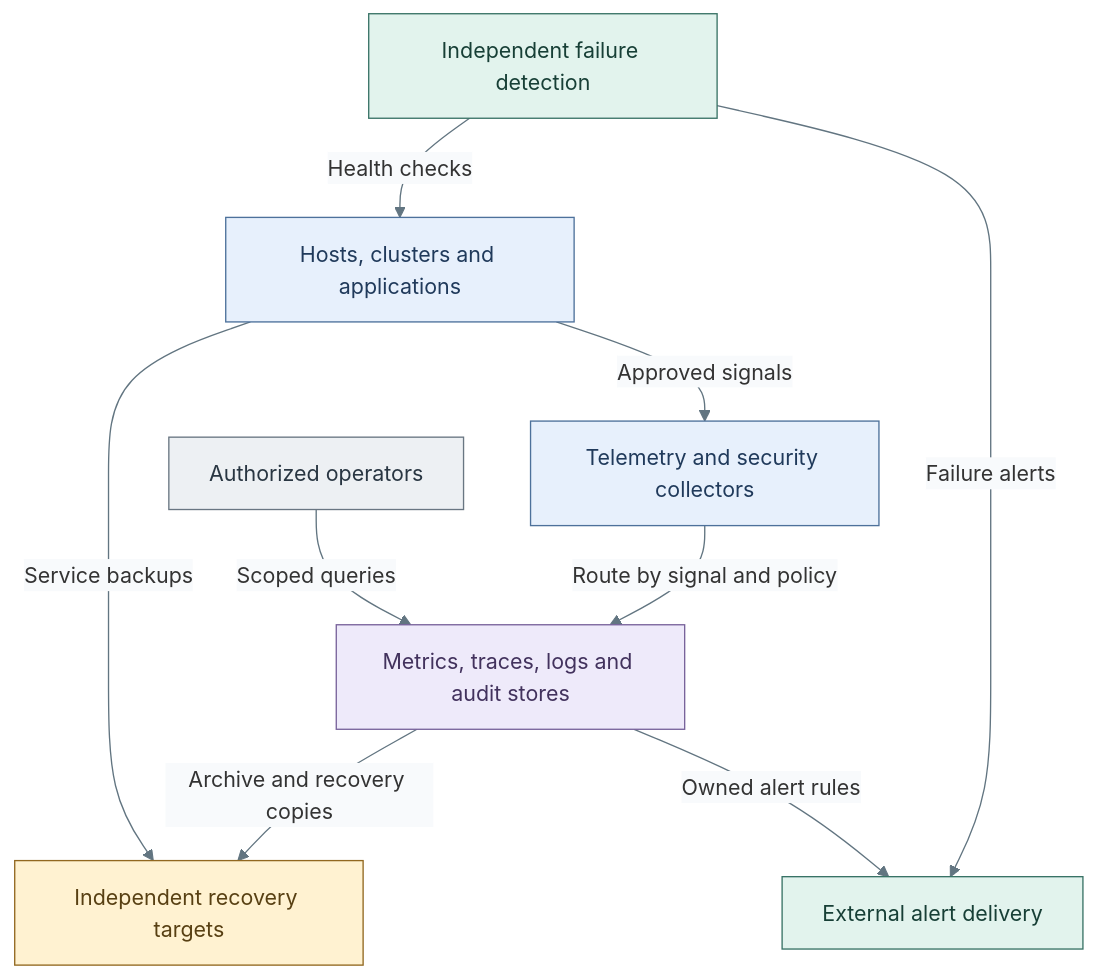
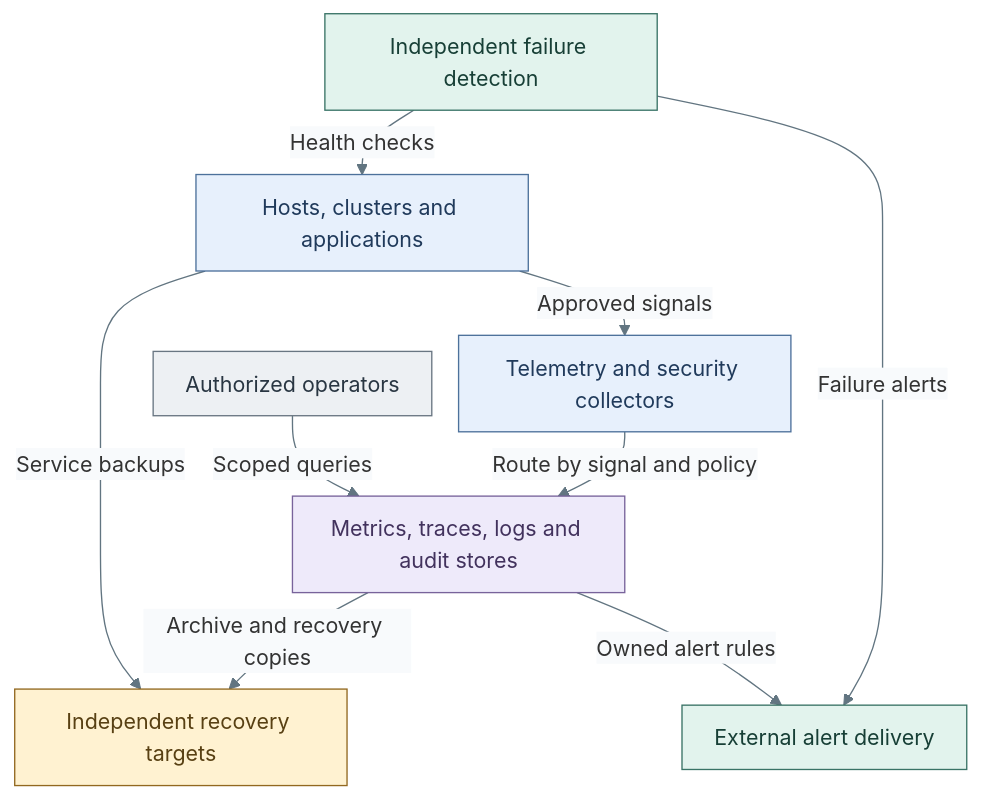
The diagram in docs/architecture/operations/README.md (Rexus/homelab), drawn with Mermaid before and after one commit. The commit also changed 60 other files, not shown here.

Commit message:
docs(diagrams): align architecture and deployment views with IaC

````diff
--- a/docs/architecture/operations/README.md
+++ b/docs/architecture/operations/README.md
@@ -23,23 +23,23 @@
 ```mermaid
-%%{init: {"theme":"base","themeVariables":{"lineColor":"#627581","edgeLabelBackground":"#f8fafc"}}}%%
+%%{init: {"theme":"base","flowchart":{"nodeSpacing":20,"rankSpacing":24,"padding":12,"subGraphTitleMargin":{"top":4,"bottom":12}},"themeVariables":{"lineColor":"#627581","edgeLabelBackground":"#f8fafc"}}}%%
 flowchart TB
   Runtime["Hosts, clusters and applications"] -->|Approved signals| Collectors["Telemetry and security collectors"]
   Collectors -->|Route by signal and policy| Stores["Metrics, traces, logs and audit stores"]
   Operators["Authorized operators"] -->|Scoped queries| Stores
   Stores -->|Archive and recovery copies| Recovery["Independent recovery targets"]
   Runtime -->|Service backups| Recovery
   External["Independent failure detection"] -->|Health checks| Runtime
   External -->|Failure alerts| Alerts["External alert delivery"]
   Stores -->|Owned alert rules| Alerts
   classDef default fill:#f8fafc,stroke:#64748b,color:#1f2937
   classDef services fill:#e7f0fc,stroke:#4d719b,color:#203a5b
   classDef data fill:#eeeafa,stroke:#78639b,color:#42325d
   classDef custody fill:#fff2d1,stroke:#926820,color:#584013
   classDef control fill:#e2f3ed,stroke:#397366,color:#173f36
   classDef actor fill:#edf0f3,stroke:#697682,color:#293642
   class Runtime,Collectors services
   class Stores data
   class Recovery custody
   class External,Alerts control
   class Operators actor
 ```
````
